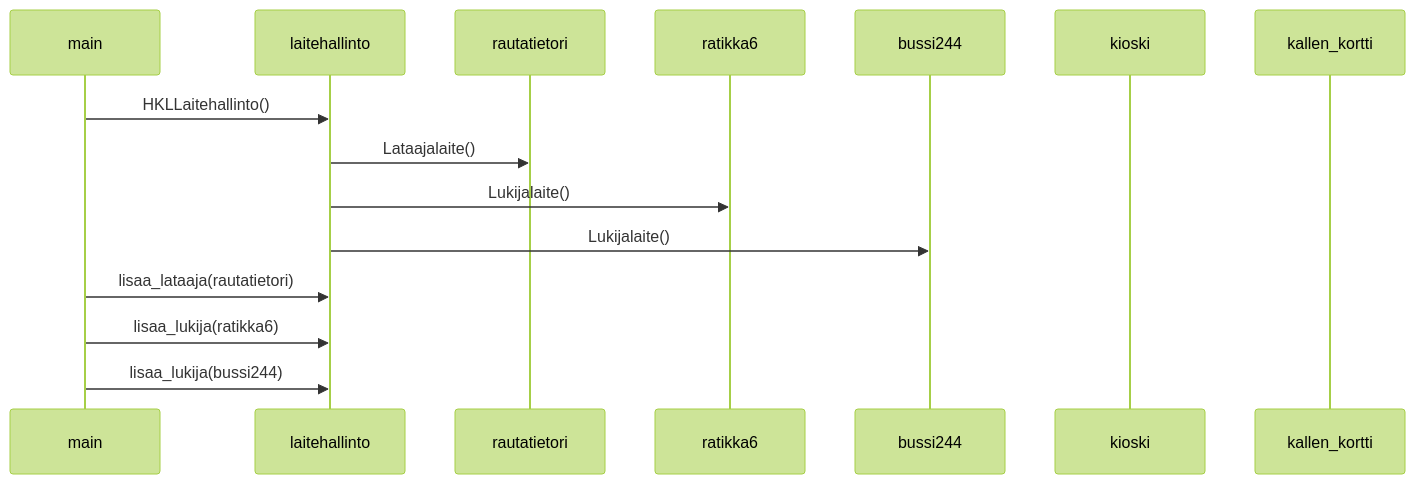
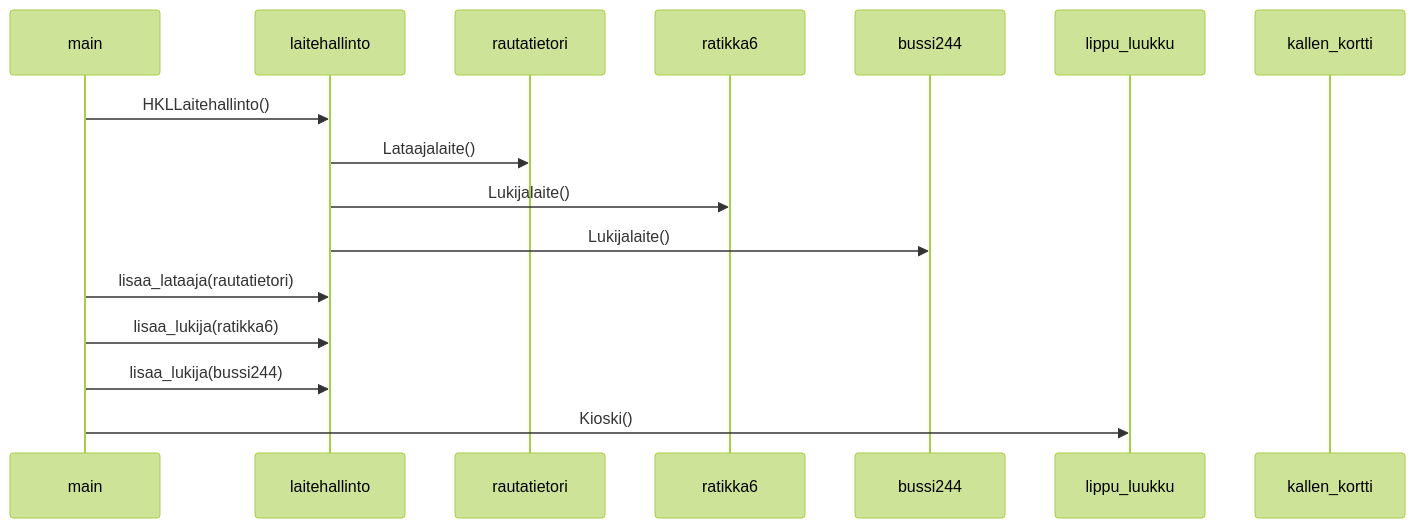
Before and after one commit to ttanninen/ot-harjoitustyo: the diagram in laskarit/viikko3/hsl.md, drawn with Mermaid (forest theme).

````diff
--- a/laskarit/viikko3/hsl.md
+++ b/laskarit/viikko3/hsl.md
@@ -1,21 +1,24 @@
 ```mermaid
 
 sequenceDiagram
   participant main
   participant laitehallinto
   participant rautatietori
   participant ratikka6
   participant bussi244
-  participant kioski
+  participant lippu_luukku
   participant kallen_kortti
   
     main ->> laitehallinto: HKLLaitehallinto()
     laitehallinto ->> rautatietori: Lataajalaite()
     laitehallinto ->> ratikka6: Lukijalaite()
     laitehallinto ->> bussi244: Lukijalaite()
 
     main ->> laitehallinto: lisaa_lataaja(rautatietori)
     main ->> laitehallinto: lisaa_lukija(ratikka6)
     main ->> laitehallinto: lisaa_lukija(bussi244)
 
+    main ->> lippu_luukku: Kioski()
+ 
+
 ```
````
